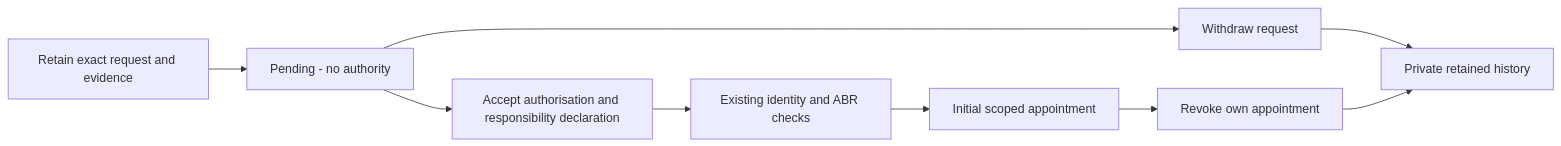
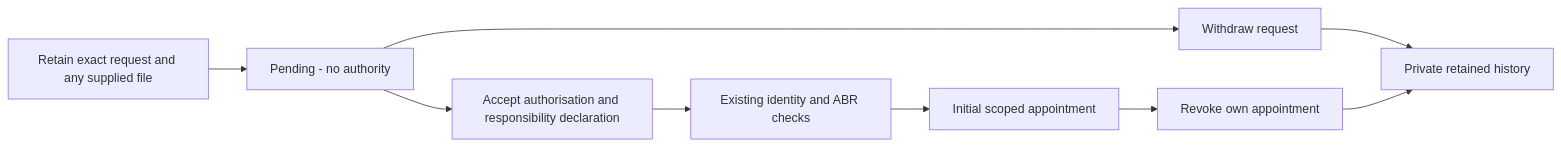
Before and after one commit to Ledova/ledova: the diagram in docs/plans/company-managed-registers/authority-requests.md, drawn with Mermaid. The commit also changed other lines of this file and 51 other files, not shown here.

````diff
--- a/docs/plans/company-managed-registers/authority-requests.md
+++ b/docs/plans/company-managed-registers/authority-requests.md
@@ -83,11 +110,11 @@
 ```mermaid
 flowchart LR
-    capture[Retain exact request and evidence] --> pending[Pending - no authority]
+    capture[Retain exact request and any supplied file] --> pending[Pending - no authority]
     pending --> withdraw[Withdraw request]
     pending --> declaration[Accept authorisation and responsibility declaration]
     declaration --> checks[Existing identity and ABR checks]
     checks --> appointment[Initial scoped appointment]
     appointment --> revoke[Revoke own appointment]
     withdraw --> history[Private retained history]
     revoke --> history
 ```
````
